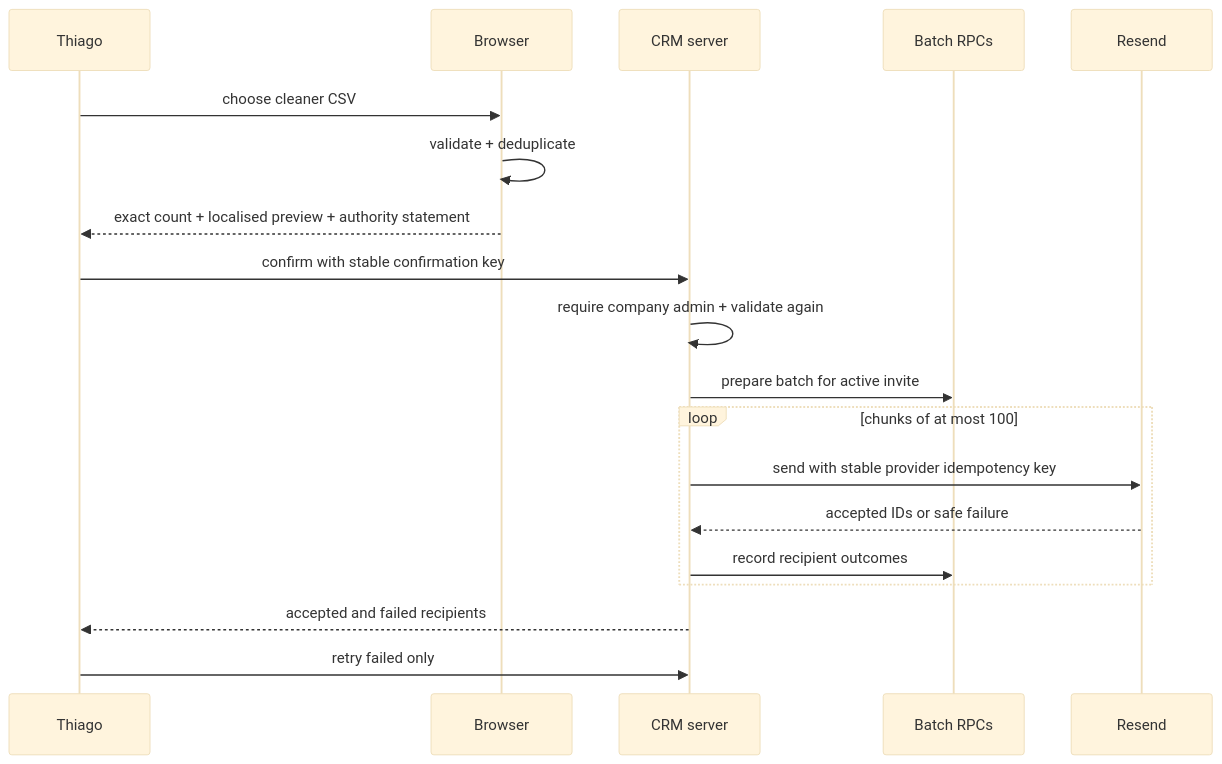
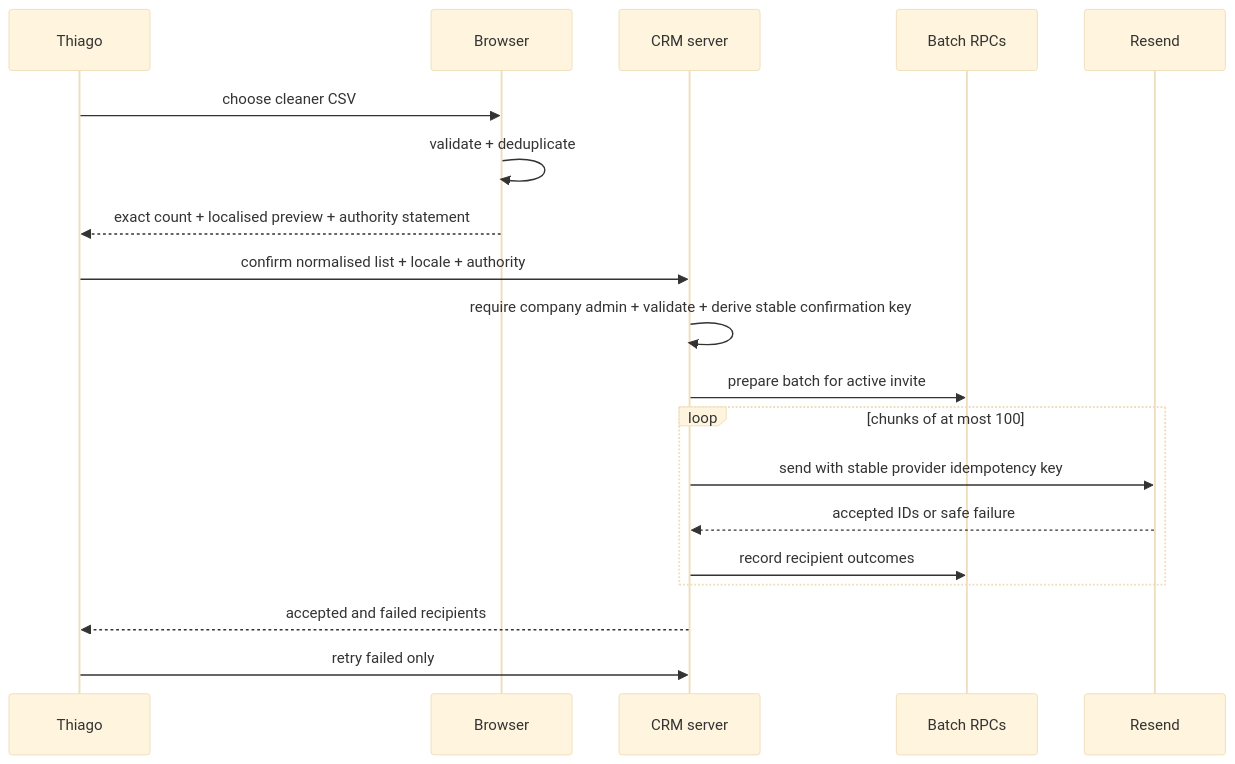
Before and after one commit to lspinheiro/clean_app_crm: the third of 3 diagrams in docs/design/phase-a-adoption/lld-crm.md, drawn with Mermaid (base theme). The commit also changed other lines of this file and 15 other files, not shown here.

````diff
--- a/docs/design/phase-a-adoption/lld-crm.md
+++ b/docs/design/phase-a-adoption/lld-crm.md
@@ -163,21 +165,21 @@
 ```mermaid
 sequenceDiagram
     participant T as Thiago
     participant B as Browser
     participant S as CRM server
     participant DB as Batch RPCs
     participant R as Resend
     T->>B: choose cleaner CSV
     B->>B: validate + deduplicate
     B-->>T: exact count + localised preview + authority statement
-    T->>S: confirm with stable confirmation key
-    S->>S: require company admin + validate again
+    T->>S: confirm normalised list + locale + authority
+    S->>S: require company admin + validate + derive stable confirmation key
     S->>DB: prepare batch for active invite
     loop chunks of at most 100
         S->>R: send with stable provider idempotency key
         R-->>S: accepted IDs or safe failure
         S->>DB: record recipient outcomes
     end
     S-->>T: accepted and failed recipients
     T->>S: retry failed only
 ```
````
